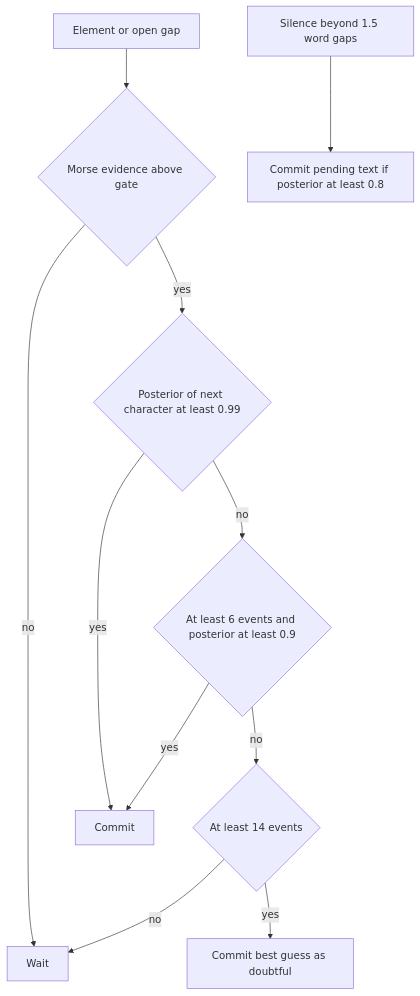
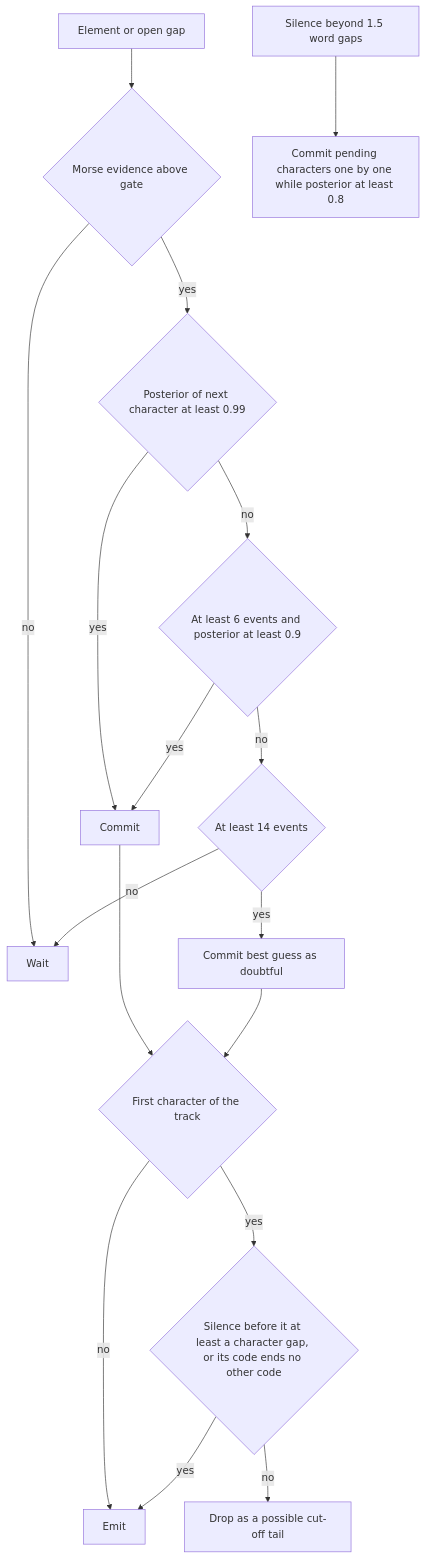
One commit to nextzlog/rumo changed the sixth of 6 diagrams in README.md. Above: the diagram before and after it, drawn with Mermaid. The commit also changed other lines of this file and 2 other files, not shown here.

````diff
--- a/README.md
+++ b/README.md
@@ -141,13 +141,19 @@
 ```mermaid
 flowchart TD
   A[Element or open gap] --> B{Morse evidence above gate}
   B -->|no| Z[Wait]
   B -->|yes| C{Posterior of next character at least 0.99}
   C -->|yes| D[Commit]
   C -->|no| E{At least 6 events and posterior at least 0.9}
   E -->|yes| D
   E -->|no| F{At least 14 events}
   F -->|no| Z
   F -->|yes| G[Commit best guess as doubtful]
-  H[Silence beyond 1.5 word gaps] --> I[Commit pending text if posterior at least 0.8]
+  H[Silence beyond 1.5 word gaps] --> I[Commit pending characters one by one while posterior at least 0.8]
+  D --> J{First character of the track}
+  G --> J
+  J -->|no| K[Emit]
+  J -->|yes| L{Silence before it at least a character gap, or its code ends no other code}
+  L -->|yes| K
+  L -->|no| M[Drop as a possible cut-off tail]
 ```
````
